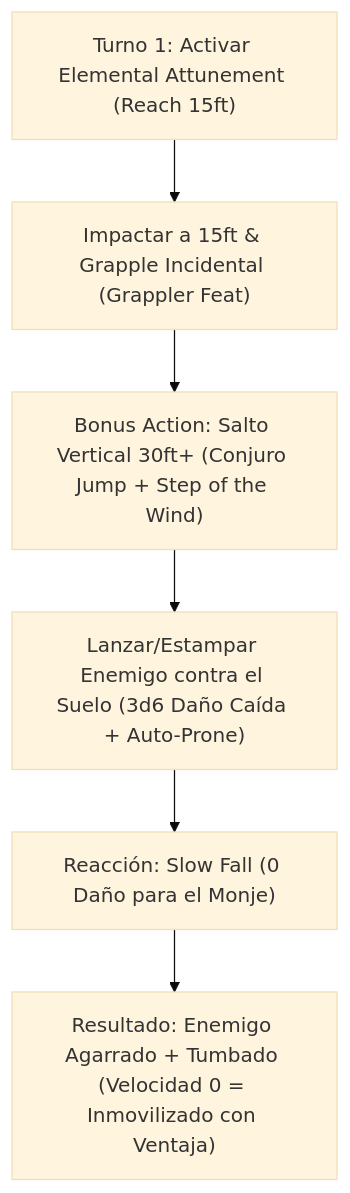
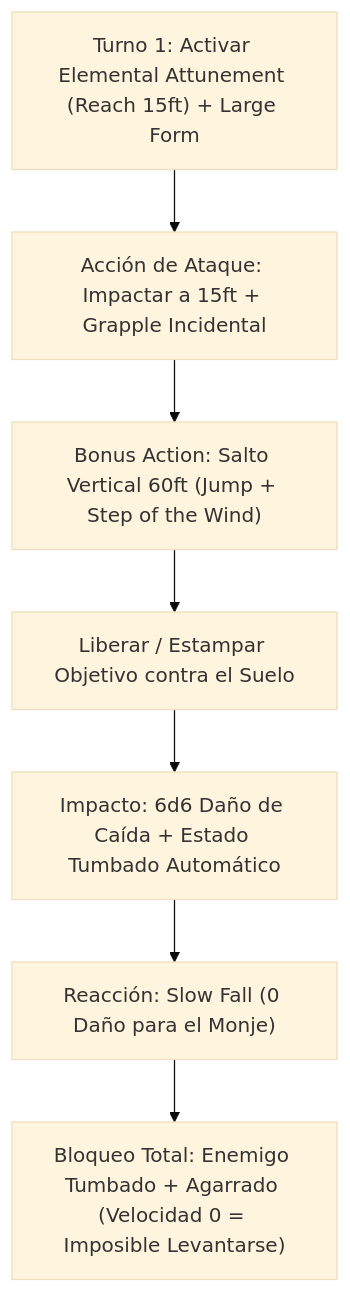
Before and after one commit to Ranko1911/DnD-Builds: the diagram in builds/hurricane monk unmatched martial control  dd 55/character guide.md, drawn with Mermaid (base theme). The commit also changed other lines of this file and 29 other files, not shown here.

````diff
--- a/builds/hurricane monk unmatched martial control  dd 55/character guide.md
+++ b/builds/hurricane monk unmatched martial control  dd 55/character guide.md
@@ -53,8 +40,9 @@
 ```mermaid
 flowchart TD
-    A["Turno 1: Activar Elemental Attunement (Reach 15ft)"] --> B["Impactar a 15ft & Grapple Incidental (Grappler Feat)"]
-    B --> C["Bonus Action: Salto Vertical 30ft+ (Conjuro Jump + Step of the Wind)"]
-    C --> D["Lanzar/Estampar Enemigo contra el Suelo (3d6 Daño Caída + Auto-Prone)"]
-    D --> E["Reacción: Slow Fall (0 Daño para el Monje)"]
-    E --> F["Resultado: Enemigo Agarrado + Tumbado (Velocidad 0 = Inmovilizado con Ventaja)"]
+    A["Turno 1: Activar Elemental Attunement (Reach 15ft) + Large Form"] --> B["Acción de Ataque: Impactar a 15ft + Grapple Incidental"]
+    B --> C["Bonus Action: Salto Vertical 60ft (Jump + Step of the Wind)"]
+    C --> D["Liberar / Estampar Objetivo contra el Suelo"]
+    D --> E["Impacto: 6d6 Daño de Caída + Estado Tumbado Automático"]
+    E --> F["Reacción: Slow Fall (0 Daño para el Monje)"]
+    F --> G["Bloqueo Total: Enemigo Tumbado + Agarrado (Velocidad 0 = Imposible Levantarse)"]
 ```
````
